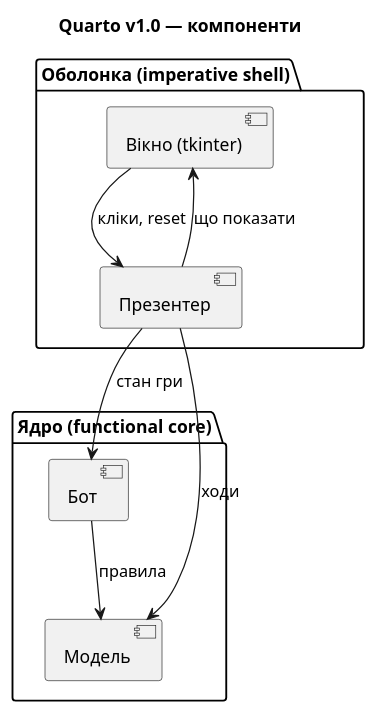
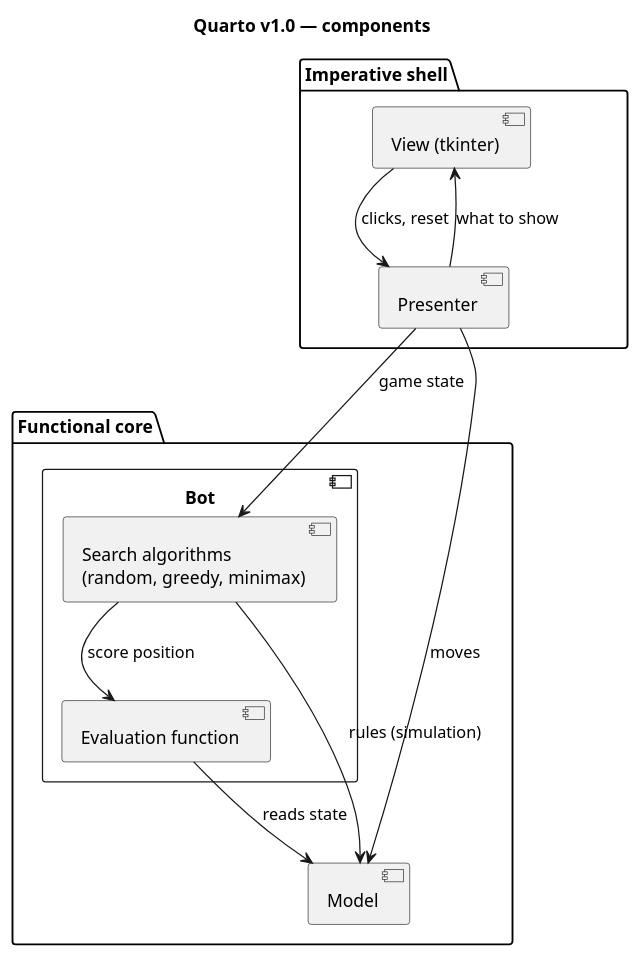
The diagram in docs/architecture/components.puml (Vlad-Re/quarto), drawn with PlantUML before and after one commit. The commit also changed other lines of this file and 10 other files, not shown here.

```diff
--- a/docs/architecture/components.puml
+++ b/docs/architecture/components.puml
@@ -1,19 +2,24 @@
 @startuml components
-title Quarto v1.0 — компоненти
+title Quarto v1.0 — components
 
-package "Оболонка (imperative shell)" {
-  component "Вікно (tkinter)" as View
-  component "Презентер" as Presenter
+package "Imperative shell" {
+  component "View (tkinter)" as View
+  component "Presenter" as Presenter
 }
 
-package "Ядро (functional core)" {
-  component "Бот" as Bot
-  component "Модель" as Model
+package "Functional core" {
+  component "Bot" as Bot {
+    component "Search algorithms\n(random, greedy, minimax)" as Search
+    component "Evaluation function" as Eval
+  }
+  component "Model" as Model
 }
 
-View --> Presenter : кліки, reset
-Presenter --> View : що показати
-Presenter --> Bot : стан гри
-Presenter --> Model : ходи
-Bot --> Model : правила
+View --> Presenter : clicks, reset
+Presenter --> View : what to show
+Presenter --> Search : game state
+Presenter --> Model : moves
+Search --> Eval : score position
+Search --> Model : rules (simulation)
+Eval --> Model : reads state
 @enduml
```
